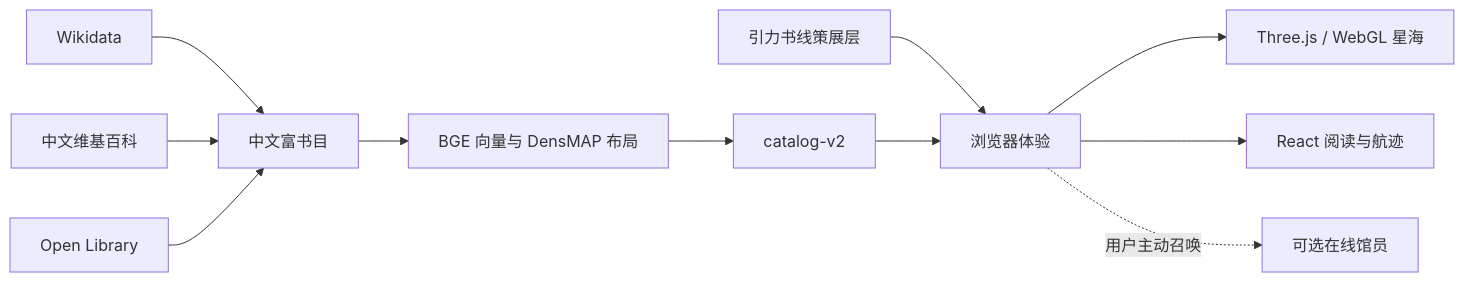
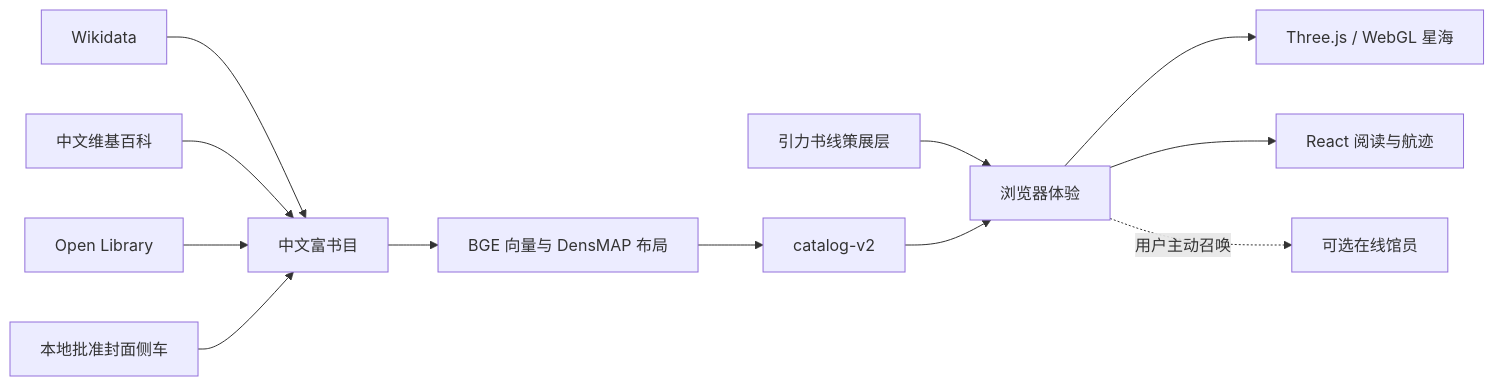
One commit to VinceJan/Book-Galaxy changed the diagram in docs/architecture.md. Above: the diagram before and after it, drawn with Mermaid. The commit also changed other lines of this file and 27 other files, not shown here.

````diff
--- a/docs/architecture.md
+++ b/docs/architecture.md
@@ -7,13 +7,14 @@
 ```mermaid
 flowchart LR
   A[Wikidata] --> D[中文富书目]
   B[中文维基百科] --> D
   C[Open Library] --> D
+  L[本地批准封面侧车] --> D
   D --> E[BGE 向量与 DensMAP 布局]
   E --> F[catalog-v2]
   G[引力书线策展层] --> H[浏览器体验]
   F --> H
   H --> I[Three.js / WebGL 星海]
   H --> J[React 阅读与航迹]
   H -. 用户主动召唤 .-> K[可选在线馆员]
 ```
````
